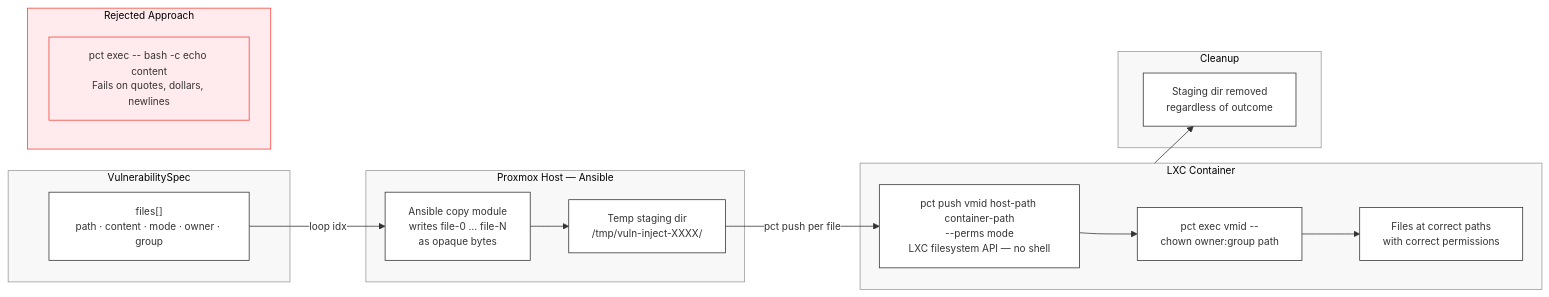
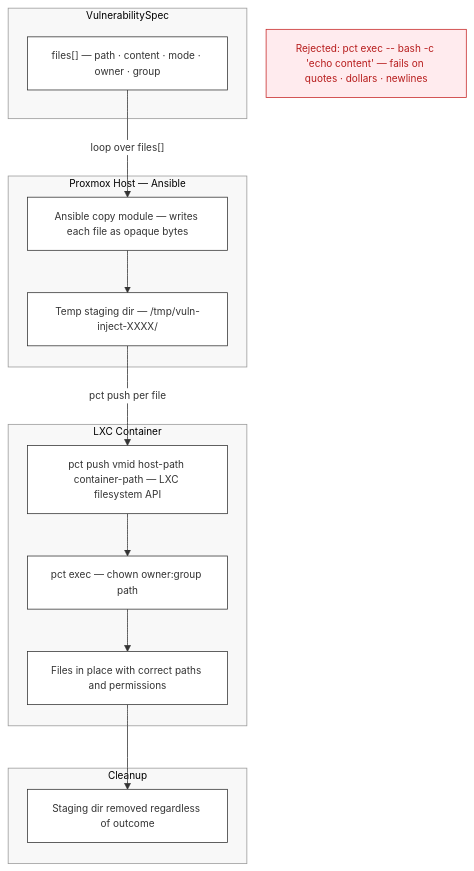
Before and after one commit to Haris-AK/vulnforge-dissertation: the diagram in mermaid/from-spec/file_injection.mmd, drawn with Mermaid. The commit also changed 23 other files, not shown here.

First line of the commit message:
docs: update to diagram

```diff
--- a/mermaid/from-spec/file_injection.mmd
+++ b/mermaid/from-spec/file_injection.mmd
@@ -1,50 +1,46 @@
 %%{init: {
   "flowchart": {
     "htmlLabels": true,
-    "nodeSpacing": 36,
-    "rankSpacing": 50,
+    "nodeSpacing": 30,
+    "rankSpacing": 55,
     "curve": "basis"
   },
   "theme": "base",
   "themeVariables": {
     "fontFamily": "Times New Roman, serif",
     "fontSize": "13px",
     "primaryColor": "#ffffff",
     "primaryBorderColor": "#333333",
     "lineColor": "#333333",
     "clusterBkg": "#f8f8f8",
     "clusterBorder": "#999999"
   }
 }}%%
-flowchart LR
+flowchart TD
     subgraph SPEC["VulnerabilitySpec"]
-        FILES["files[]\npath · content · mode · owner · group"]
+        FILES["files[] — path · content · mode · owner · group"]
     end
 
     subgraph HOST["Proxmox Host — Ansible"]
-        COPY["Ansible copy module\nwrites file-0 … file-N\nas opaque bytes"]
-        STAGE["Temp staging dir\n/tmp/vuln-inject-XXXX/"]
+        COPY["Ansible copy module — writes each file as opaque bytes"]
+        STAGE["Temp staging dir — /tmp/vuln-inject-XXXX/"]
         COPY --> STAGE
     end
 
     subgraph CONTAINER["LXC Container"]
-        PUSH["pct push vmid host-path container-path\n--perms mode\nLXC filesystem API — no shell"]
-        CHOWN["pct exec vmid --\nchown owner:group path"]
-        FILES_IN["Files at correct paths\nwith correct permissions"]
+        PUSH["pct push vmid host-path container-path — LXC filesystem API"]
+        CHOWN["pct exec — chown owner:group path"]
+        FILES_IN["Files in place with correct paths and permissions"]
         PUSH --> CHOWN --> FILES_IN
     end
 
     subgraph CLEANUP["Cleanup"]
-        RM["Staging dir removed\nregardless of outcome"]
+        RM["Staging dir removed regardless of outcome"]
     end
 
-    subgraph REJECTED_APPROACH["Rejected Approach"]
-        REJECTED["pct exec -- bash -c echo content\nFails on quotes, dollars, newlines"]
-    end
+    FILES -->|"loop over files[]"| COPY
+    STAGE -->|pct push per file| PUSH
+    FILES_IN --> RM
 
-    FILES -->|loop idx| COPY
-    STAGE -->|pct push per file| PUSH
-    CONTAINER --> RM
-
-    style REJECTED_APPROACH fill:#ffebee,stroke:#f44336
-    style REJECTED fill:#ffebee,stroke:#f44336
+    REJECTED["Rejected: pct exec -- bash -c 'echo content' — fails on quotes · dollars · newlines"]
+    style REJECTED fill:#ffebee,stroke:#c62828,color:#b71c1c
```
